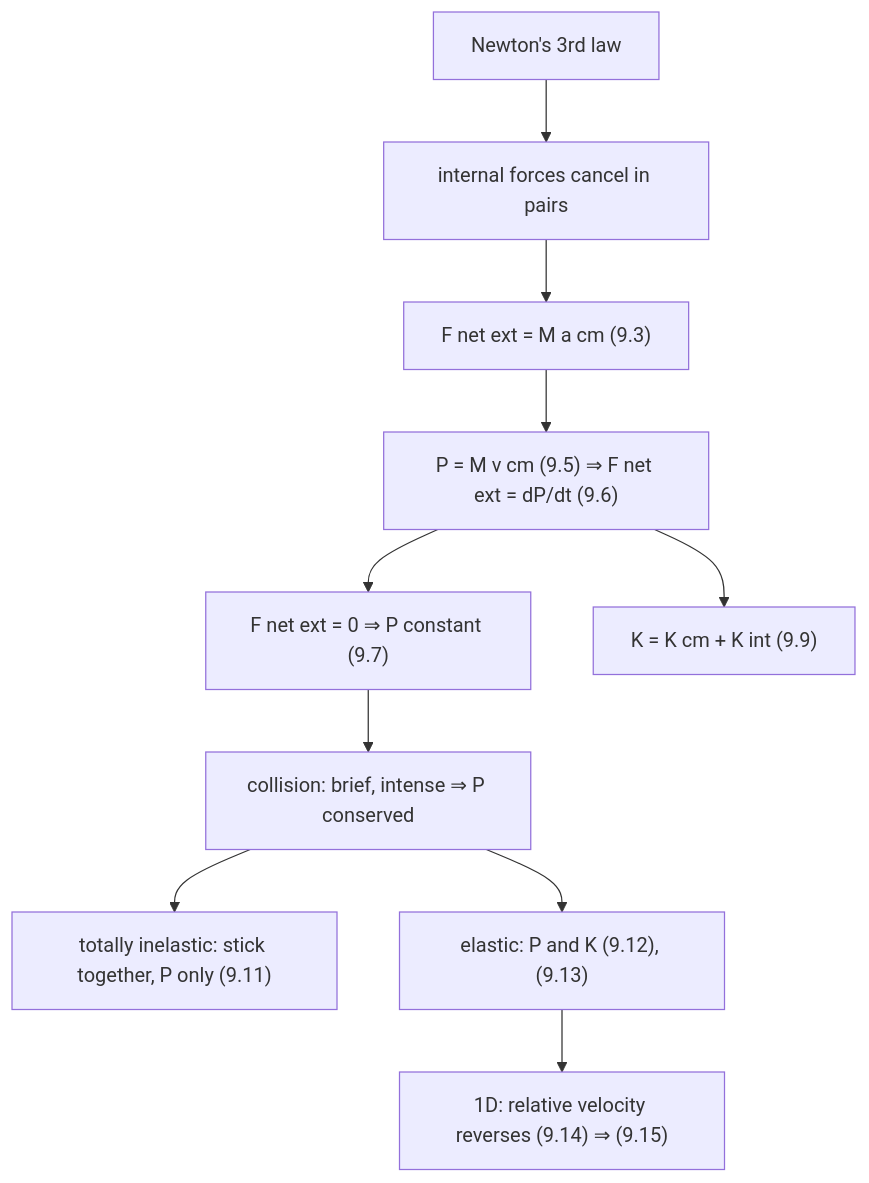
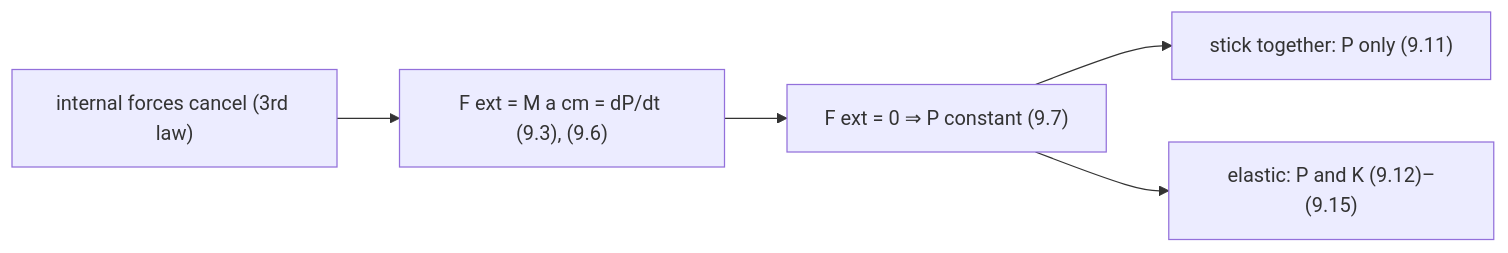
Before and after one commit to T0nytsu/T0ny_vault: the first of 2 diagrams in 大學/課程/Physics/PHY1 General Physics I/Summaries/PHY1 Ch9 Summary.md, drawn with Mermaid. The commit also changed other lines of this file and 2 other files, not shown here.

````diff
--- a/大學/課程/Physics/PHY1 General Physics I/Summaries/PHY1 Ch9 Summary.md
+++ b/大學/課程/Physics/PHY1 General Physics I/Summaries/PHY1 Ch9 Summary.md
@@ -5,12 +5,7 @@
 ```mermaid
-flowchart TD
-  N3["Newton's 3rd law"] --> IC["internal forces cancel in pairs"]
-  IC --> CM["F net ext = M a cm (9.3)"]
-  CM --> P["P = M v cm (9.5) ⇒ F net ext = dP/dt (9.6)"]
-  P --> PC["F net ext = 0 ⇒ P constant (9.7)"]
-  P --> KS["K = K cm + K int (9.9)"]
-  PC --> COL["collision: brief, intense ⇒ P conserved"]
-  COL --> TI["totally inelastic: stick together, P only (9.11)"]
-  COL --> EL["elastic: P and K (9.12), (9.13)"]
-  EL --> OD["1D: relative velocity reverses (9.14) ⇒ (9.15)"]
+flowchart LR
+  A["internal forces cancel (3rd law)"] --> B["F ext = M a cm = dP/dt (9.3), (9.6)"]
+  B --> C["F ext = 0 ⇒ P constant (9.7)"]
+  C --> D["stick together: P only (9.11)"]
+  C --> E["elastic: P and K (9.12)–(9.15)"]
 ```
````
